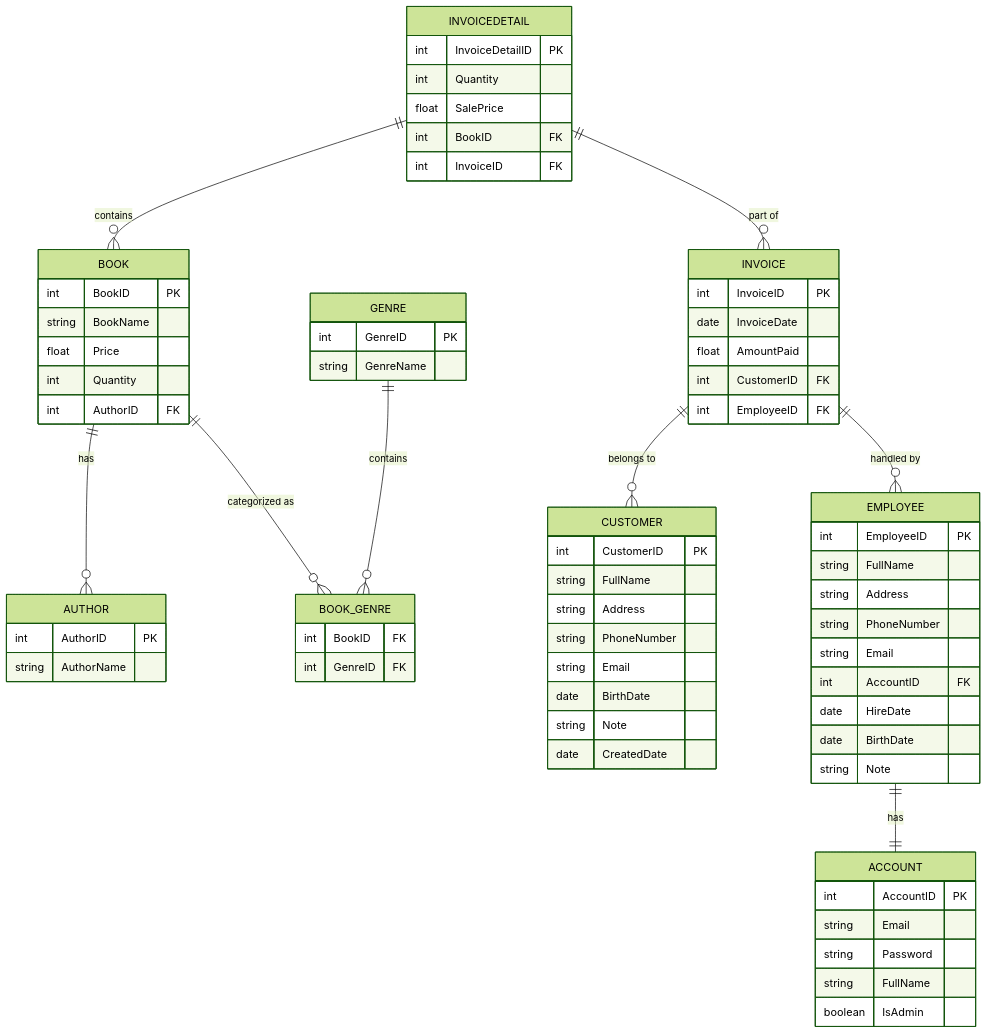
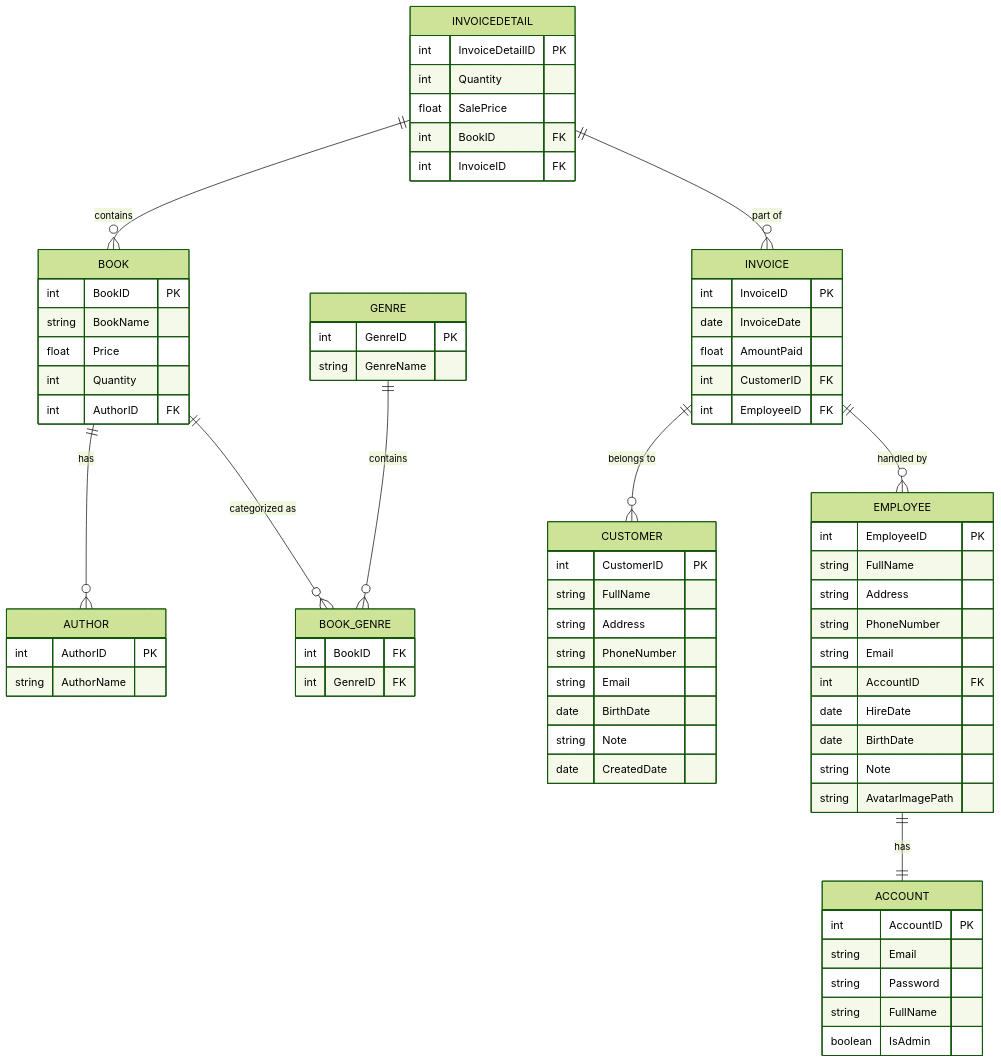
Before and after one commit to hoangthanh168/BookStoreManagement: the diagram in docs/er_diagram.mmd, drawn with Mermaid (forest theme).

```diff
--- a/docs/er_diagram.mmd
+++ b/docs/er_diagram.mmd
@@ -1,90 +1,92 @@
 erDiagram
 
        %% Book Table (Sach)
     BOOK {
         int BookID PK
         string BookName
         float Price
         int Quantity
         int AuthorID FK
     }
 
     %% Author Table (TacGia)
     AUTHOR {
         int AuthorID PK
         string AuthorName
     }
 
     %% Genre Table (TheLoai)
     GENRE {
         int GenreID PK
         string GenreName
     }
 
     %% Invoice Table (HoaDon)
     INVOICE {
         int InvoiceID PK
         date InvoiceDate
         float AmountPaid
         int CustomerID FK
         int EmployeeID FK
     }
 
     %% Invoice Detail Table (ChiTietHoaDon)
     INVOICEDETAIL {
         int InvoiceDetailID PK
         int Quantity
         float SalePrice
         int BookID FK
         int InvoiceID FK
     }
 
     %% Account Table (TaiKhoan)
     ACCOUNT {
         int AccountID PK
         string Email
         string Password
         string FullName
         boolean IsAdmin
     }
 
     %% Customer Table (KhachHang)
     CUSTOMER {
         int CustomerID PK
         string FullName
         string Address
         string PhoneNumber
         string Email
         date BirthDate
         string Note
         date CreatedDate 
     }
 
     %% Employee Table (NhanVien)
+     %% Employee Table (NhanVien) - Updated with AvatarImagePath
     EMPLOYEE {
         int EmployeeID PK
         string FullName
         string Address
         string PhoneNumber
         string Email
         int AccountID FK
         date HireDate
         date BirthDate
         string Note
+        string AvatarImagePath
     }
 
     %% Bảng trung gian giữa BOOK và GENRE (Quan hệ nhiều - nhiều)
     BOOK_GENRE {
         int BookID FK
         int GenreID FK
     }
 
     %% Relationships
     BOOK ||--o{ AUTHOR : "has"
     BOOK ||--o{ BOOK_GENRE : "categorized as"
     GENRE ||--o{ BOOK_GENRE : "contains"
     INVOICE ||--o{ CUSTOMER : "belongs to"
     INVOICE ||--o{ EMPLOYEE : "handled by"
     INVOICEDETAIL ||--o{ BOOK : "contains"
     INVOICEDETAIL ||--o{ INVOICE : "part of"
     EMPLOYEE ||--|| ACCOUNT : "has"
```
